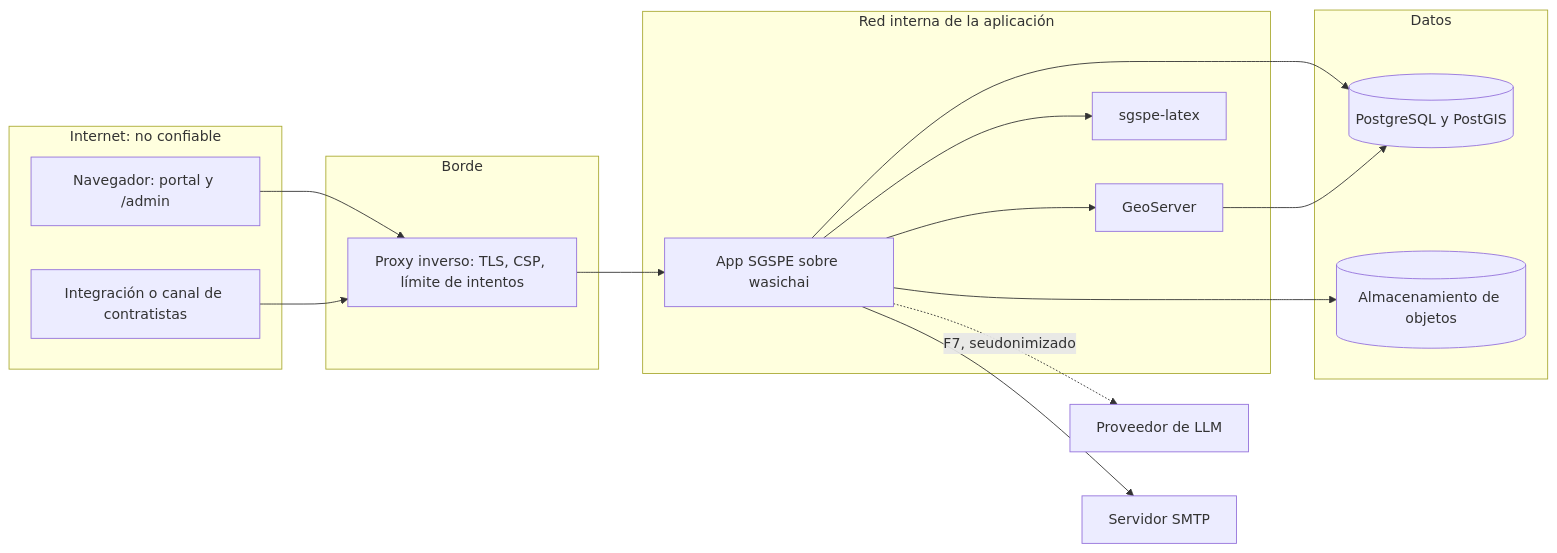
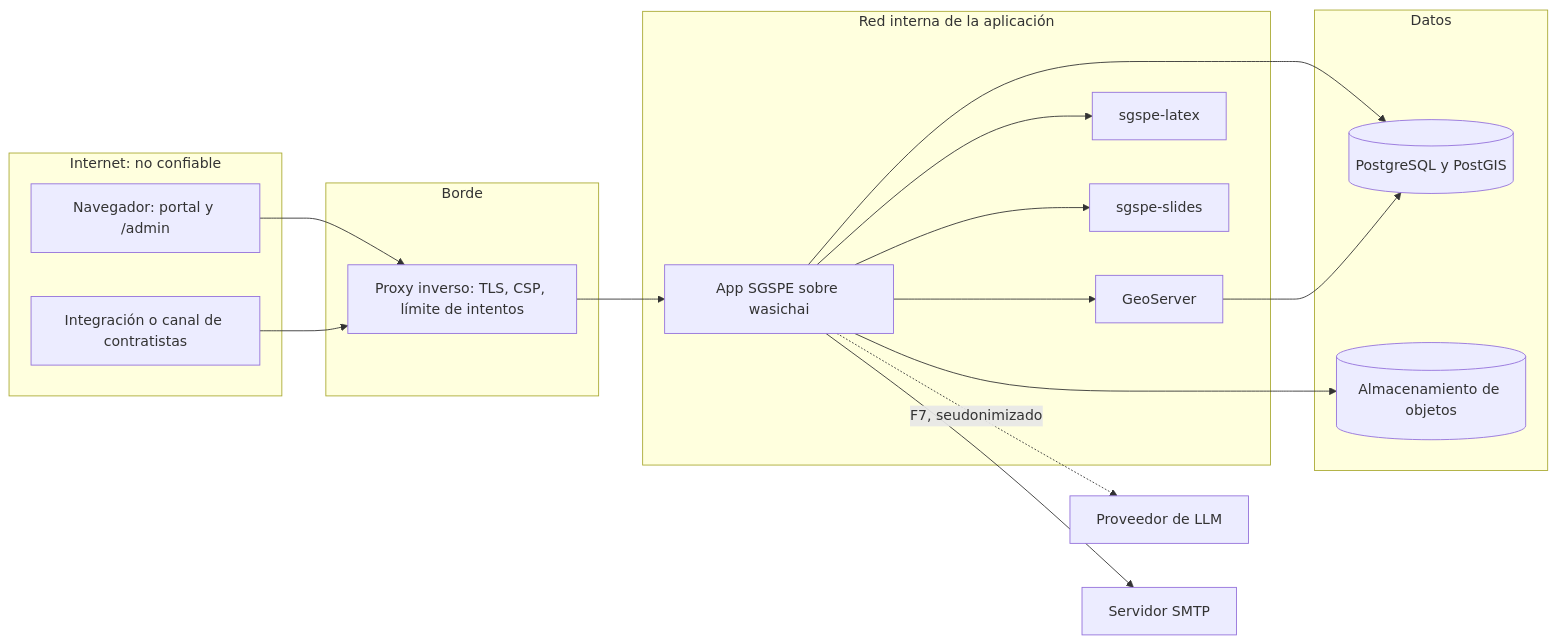
One commit to wasichai/sgspe changed the first of 2 diagrams in docs/security.md. Above: the diagram before and after it, drawn with Mermaid. The commit also changed other lines of this file and 11 other files, not shown here.

````diff
--- a/docs/security.md
+++ b/docs/security.md
@@ -64,31 +64,33 @@
 ```mermaid
 flowchart LR
     subgraph INT["Internet: no confiable"]
         NAV["Navegador: portal y /admin"]
         SIS["Integración o canal de contratistas"]
     end
     subgraph BORDE["Borde"]
         PRX["Proxy inverso: TLS, CSP, límite de intentos"]
     end
     subgraph RED["Red interna de la aplicación"]
         APP["App SGSPE sobre wasichai"]
         GEO["GeoServer"]
         GOT["sgspe-latex"]
+        SLD["sgspe-slides"]
     end
     subgraph DATOS["Datos"]
         DB[("PostgreSQL y PostGIS")]
         OBJ[("Almacenamiento de objetos")]
     end
     LLM["Proveedor de LLM"]
     SMTP["Servidor SMTP"]
     NAV --> PRX
     SIS --> PRX
     PRX --> APP
     APP --> DB
     APP --> OBJ
     APP --> GEO
     GEO --> DB
     APP --> GOT
+    APP --> SLD
     APP -.->|"F7, seudonimizado"| LLM
     APP --> SMTP
 ```
````
